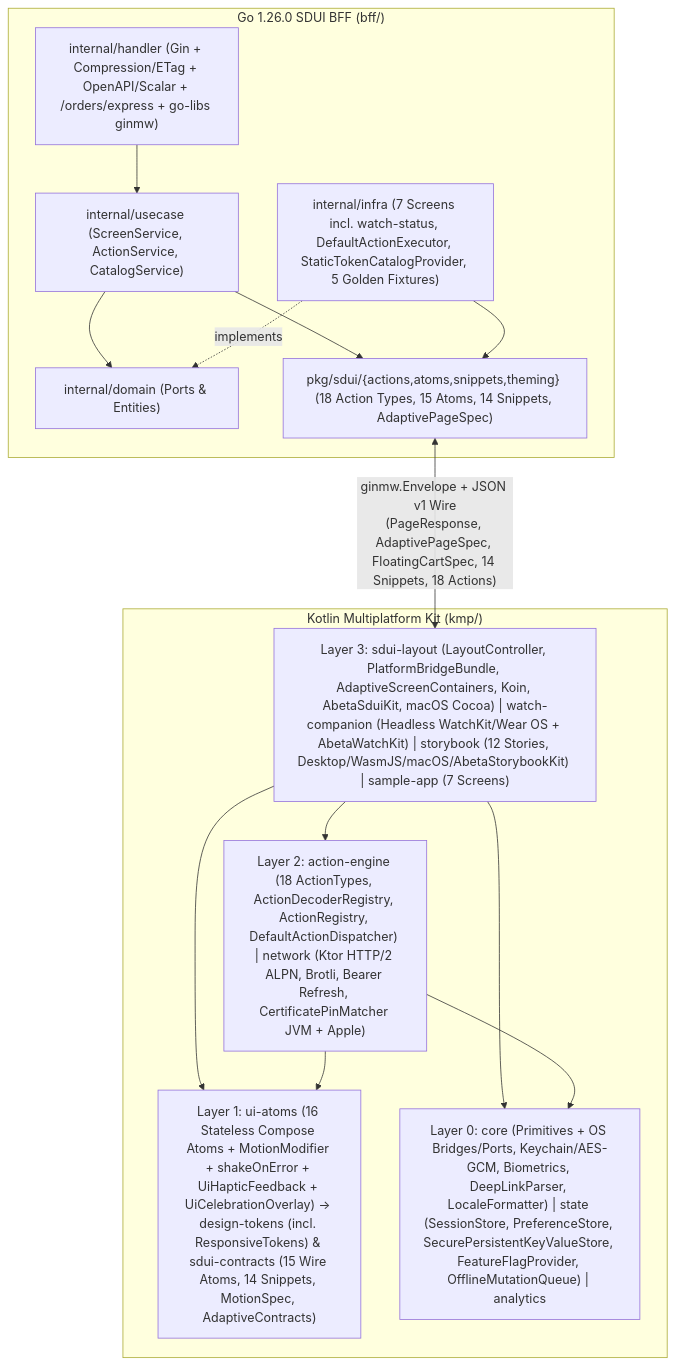
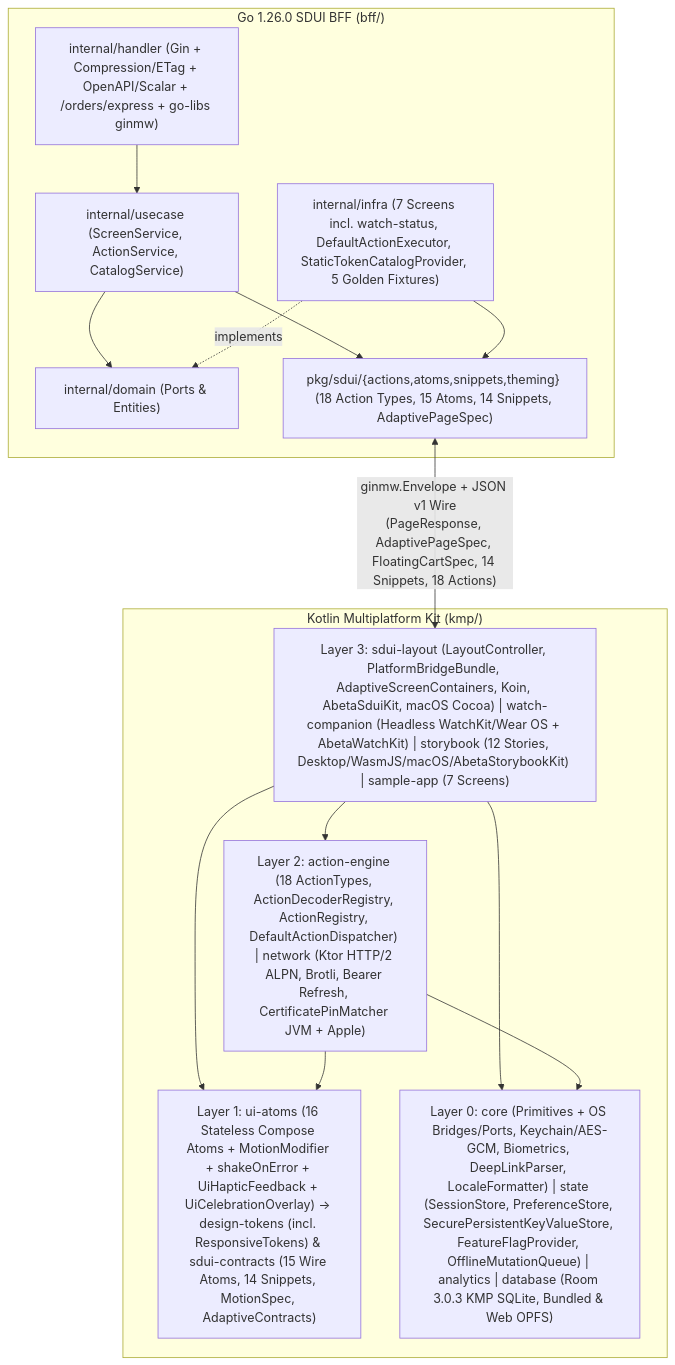
One commit to Abeta-dev/kmp changed the diagram in README.md. Above: the diagram before and after it, drawn with Mermaid. The commit also changed other lines of this file and 45 other files, not shown here.

Commit message:
feat(database,spm): add Room 3 KMP database module across all 8 targets and direct-URL SwiftPM mirror sync

````diff
--- a/README.md
+++ b/README.md
@@ -36,29 +36,29 @@
 ```mermaid
 flowchart TB
     subgraph BFF["Go 1.26.0 SDUI BFF (bff/)"]
         BFF_H["internal/handler (Gin + Compression/ETag + OpenAPI/Scalar + /orders/express + go-libs ginmw)"]
         BFF_U["internal/usecase (ScreenService, ActionService, CatalogService)"]
         BFF_D["internal/domain (Ports & Entities)"]
         BFF_I["internal/infra (7 Screens incl. watch-status, DefaultActionExecutor, StaticTokenCatalogProvider, 5 Golden Fixtures)"]
         BFF_P["pkg/sdui/{actions,atoms,snippets,theming} (18 Action Types, 15 Atoms, 14 Snippets, AdaptivePageSpec)"]
         BFF_H --> BFF_U --> BFF_D
         BFF_I -. "implements" .-> BFF_D
         BFF_U --> BFF_P
         BFF_I --> BFF_P
     end
 
     subgraph KMP["Kotlin Multiplatform Kit (kmp/)"]
         L3["Layer 3: sdui-layout (LayoutController, PlatformBridgeBundle, AdaptiveScreenContainers, Koin, AbetaSduiKit, macOS Cocoa) | watch-companion (Headless WatchKit/Wear OS + AbetaWatchKit) | storybook (12 Stories, Desktop/WasmJS/macOS/AbetaStorybookKit) | sample-app (7 Screens)"]
         L2["Layer 2: action-engine (18 ActionTypes, ActionDecoderRegistry, ActionRegistry, DefaultActionDispatcher) | network (Ktor HTTP/2 ALPN, Brotli, Bearer Refresh, CertificatePinMatcher JVM + Apple)"]
         L1["Layer 1: ui-atoms (16 Stateless Compose Atoms + MotionModifier + shakeOnError + UiHapticFeedback + UiCelebrationOverlay) -> design-tokens (incl. ResponsiveTokens) & sdui-contracts (15 Wire Atoms, 14 Snippets, MotionSpec, AdaptiveContracts)"]
-        L0["Layer 0: core (Primitives + OS Bridges/Ports, Keychain/AES-GCM, Biometrics, DeepLinkParser, LocaleFormatter) | state (SessionStore, PreferenceStore, SecurePersistentKeyValueStore, FeatureFlagProvider, OfflineMutationQueue) | analytics"]
+        L0["Layer 0: core (Primitives + OS Bridges/Ports, Keychain/AES-GCM, Biometrics, DeepLinkParser, LocaleFormatter) | state (SessionStore, PreferenceStore, SecurePersistentKeyValueStore, FeatureFlagProvider, OfflineMutationQueue) | analytics | database (Room 3.0.3 KMP SQLite, Bundled & Web OPFS)"]
 
         L3 --> L2
         L3 --> L1
         L3 --> L0
         L2 --> L0
         L2 --> L1
     end
 
     BFF_P <-- "ginmw.Envelope + JSON v1 Wire\n(PageResponse, AdaptivePageSpec, FloatingCartSpec, 14 Snippets, 18 Actions)" --> L3
 ```
````
